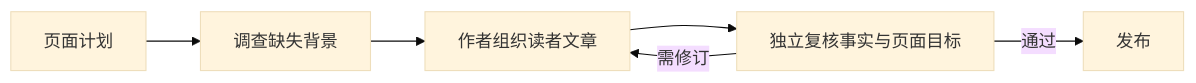
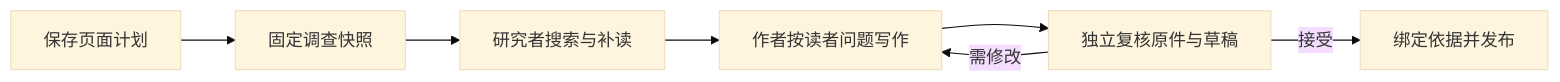
One commit to lejunyang/omem changed the diagram in .repo-review/knowledge/articles/8a78e7c7634bdf870e9fc4ddcb0670e345ae0a629b2af3c08bd864ef0f1482aa.md. Above: the diagram before and after it, drawn with Mermaid (base theme). The commit also changed other lines of this file and 9 other files, not shown here.

````diff
--- a/.repo-review/knowledge/articles/8a78e7c7634bdf870e9fc4ddcb0670e345ae0a629b2af3c08bd864ef0f1482aa.md
+++ b/.repo-review/knowledge/articles/8a78e7c7634bdf870e9fc4ddcb0670e345ae0a629b2af3c08bd864ef0f1482aa.md
@@ -28,8 +34,9 @@
 ```mermaid
 flowchart LR
-  A[页面计划] --> B[调查缺失背景]
-  B --> C[作者组织读者文章]
-  C --> D[独立复核事实与页面目标]
-  D -->|通过| E[发布]
-  D -->|需修订| C
+  A[保存页面计划] --> B[固定调查快照]
+  B --> C[研究者搜索与补读]
+  C --> D[作者按读者问题写作]
+  D --> E[独立复核原件与草稿]
+  E -->|需修改| D
+  E -->|接受| F[绑定依据并发布]
 ```
````
